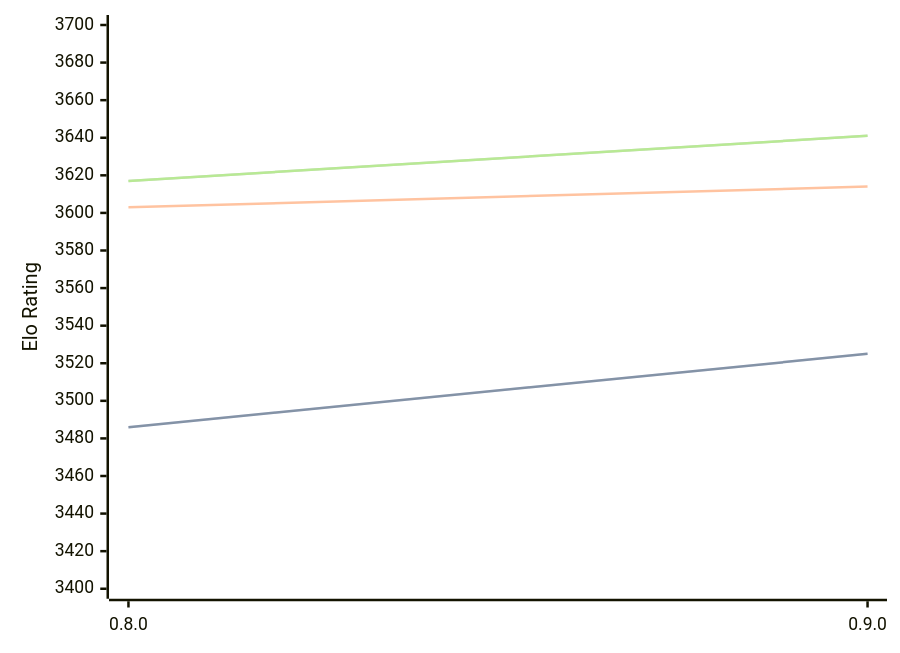
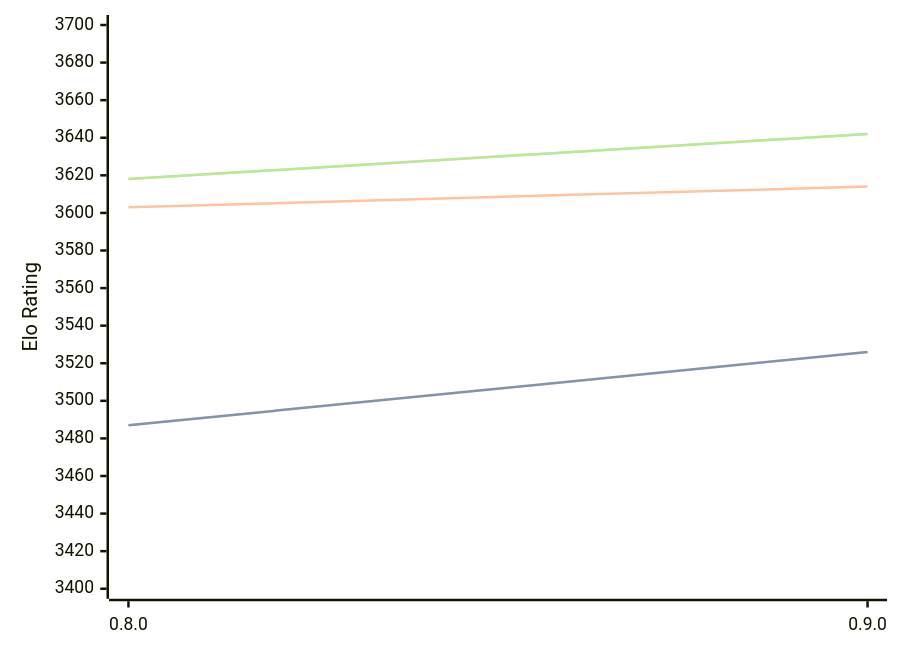
The diagram in engines/Reckless.md (computer-chess-index/cci), drawn with Mermaid before and after one commit. The commit also changed other lines of this file, not shown here.

Commit message:
Update CCI Ratings (ELO VLTC) - 2026-05-04

````diff
--- a/engines/Reckless.md
+++ b/engines/Reckless.md
@@ -39,11 +39,11 @@
 ```mermaid
 %%{init: {"theme":"base","themeVariables":{"seriesColors:['#a3a3a3','#222221','#faa371']}}}%%
 xychart-beta
   x-axis ["0.8.0", "0.9.0"]
   y-axis "Elo Rating" 3400 --> 3700
-  line "STC (8.0+0.08s)" [3486, 3525]
-  line "STC (8.0+0.08s)" [3486, 3525]
+  line "STC (8.0+0.08s)" [3487, 3526]
+  line "STC (8.0+0.08s)" [3487, 3526]
   line "LTC (60.0+0.60s)" [3603, 3614]
-  line "VLTC (2m24s+1.12s)" [3617, 3641]
-  line "VLTC (2m24s+1.12s)" [3617, 3641]
+  line "VLTC (2m24s+1.12s)" [3618, 3642]
+  line "VLTC (2m24s+1.12s)" [3618, 3642]
 ```
````
